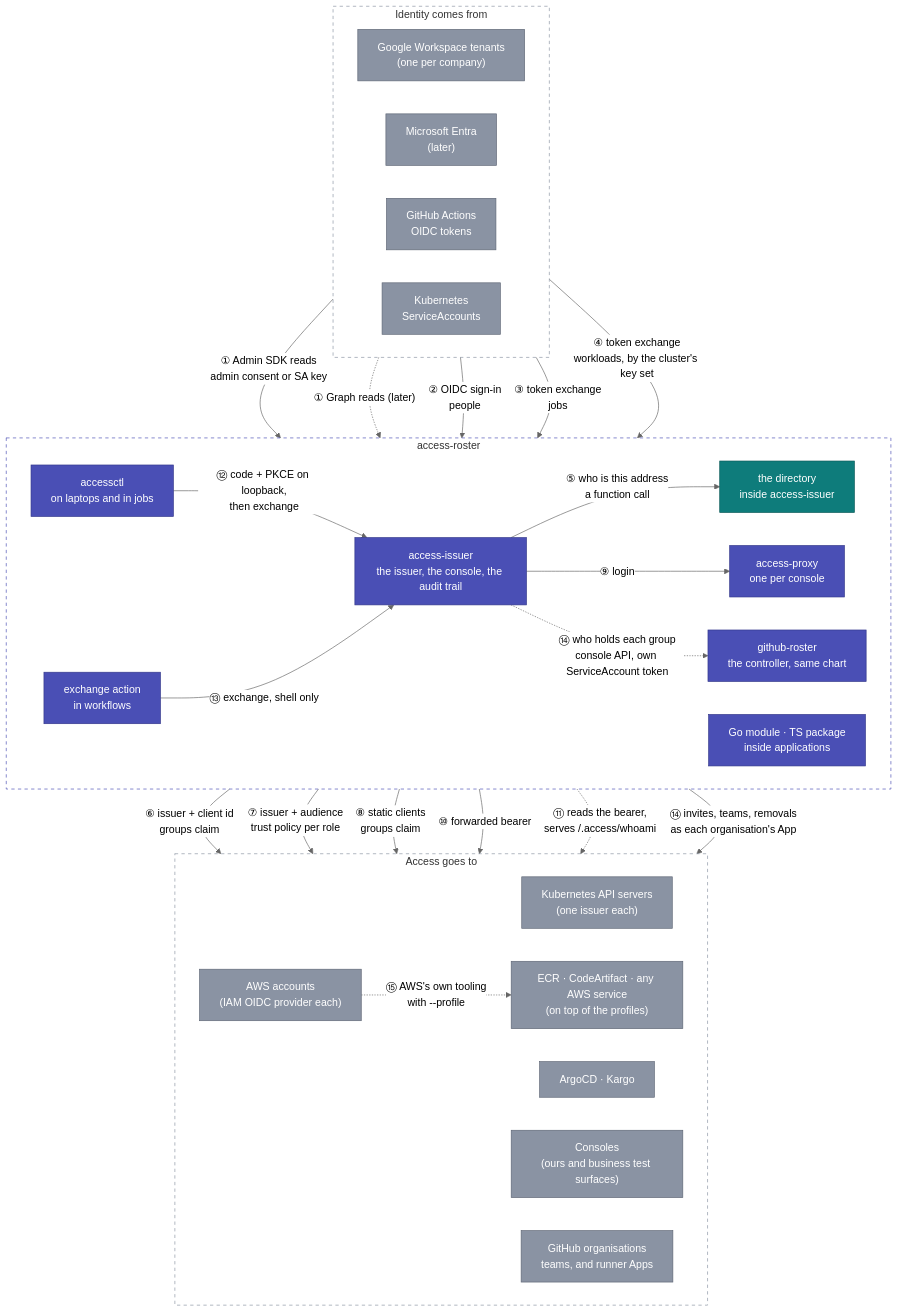
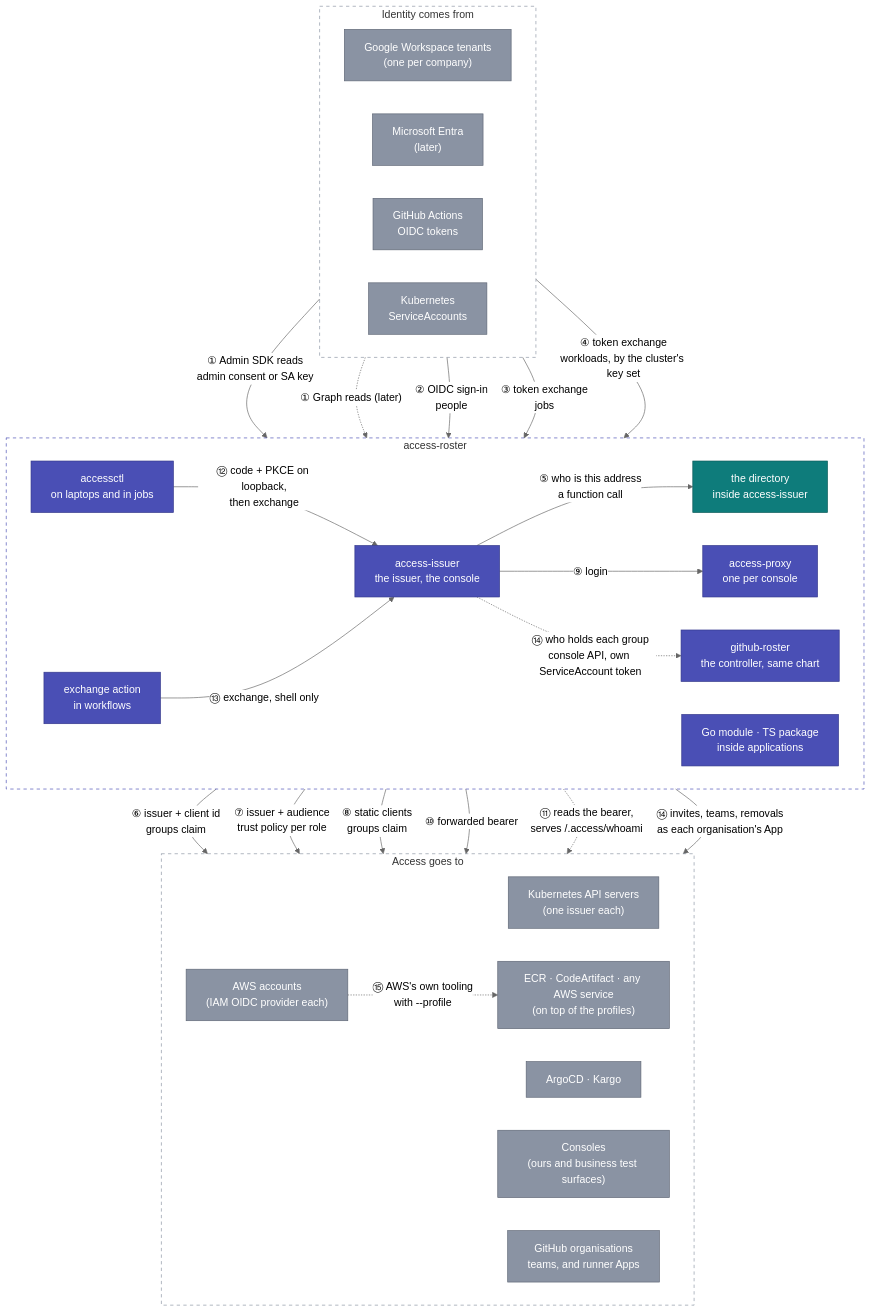
The diagram in docs/integrations.md (truvity/access-roster), drawn with Mermaid (neutral theme) before and after one commit. The commit also changed other lines of this file and 127 other files, not shown here.

````diff
--- a/docs/integrations.md
+++ b/docs/integrations.md
@@ -15,56 +15,56 @@
 ```mermaid
 flowchart TB
   subgraph in["Identity comes from"]
     direction LR
     gws["Google Workspace tenants<br/>(one per company)"]:::ext
     entra["Microsoft Entra<br/>(later)"]:::ext
     gh["GitHub Actions<br/>OIDC tokens"]:::ext
     sa["Kubernetes<br/>ServiceAccounts"]:::ext
   end
 
   subgraph ar["access-roster"]
     direction LR
     hub["the directory<br/>inside access-issuer"]:::hub
-    iss["access-issuer<br/>the issuer, the console, the audit trail"]:::token
+    iss["access-issuer<br/>the issuer, the console"]:::token
     ghr["github-roster<br/>the controller, same chart"]:::token
     proxy["access-proxy<br/>one per console"]:::token
     lib["Go module · TS package<br/>inside applications"]:::token
     ctl["accessctl<br/>on laptops and in jobs"]:::token
     act["exchange action<br/>in workflows"]:::token
   end
 
   subgraph out["Access goes to"]
     direction LR
     eks["Kubernetes API servers<br/>(one issuer each)"]:::ext
     aws["AWS accounts<br/>(IAM OIDC provider each)"]:::ext
     argo["ArgoCD · Kargo"]:::ext
     consoles["Consoles<br/>(ours and business test surfaces)"]:::ext
     ghteams["GitHub organisations<br/>teams, and runner Apps"]:::ext
     reg["ECR · CodeArtifact · any AWS service<br/>(on top of the profiles)"]:::ext
   end
 
   gws -- "① Admin SDK reads<br/>admin consent or SA key" --> hub
   entra -. "① Graph reads (later)" .-> hub
   gws -- "② OIDC sign-in<br/>people" --> iss
   gh -- "③ token exchange<br/>jobs" --> iss
   sa -- "④ token exchange<br/>workloads, by the cluster's key set" --> iss
   iss -- "⑤ who is this address<br/>a function call" --> hub
   iss -- "⑥ issuer + client id<br/>groups claim" --> eks
   iss -- "⑦ issuer + audience<br/>trust policy per role" --> aws
   iss -- "⑧ static clients<br/>groups claim" --> argo
   iss -- "⑨ login" --> proxy
   proxy -- "⑩ forwarded bearer" --> consoles
   lib -. "⑪ reads the bearer,<br/>serves /.access/whoami" .-> consoles
   ctl -- "⑫ code + PKCE on loopback,<br/>then exchange" --> iss
   act -- "⑬ exchange, shell only" --> iss
   iss -. "⑭ who holds each group<br/>console API, own ServiceAccount token" .-> ghr
   ghr -- "⑭ invites, teams, removals<br/>as each organisation's App" --> ghteams
   aws -. "⑮ AWS's own tooling<br/>with --profile" .-> reg
 
   classDef ext fill:#8A93A3,stroke:#5E6675,color:#fff
   classDef hub fill:#0E7C7B,stroke:#0A5958,color:#fff
   classDef token fill:#4A4FB5,stroke:#33378A,color:#fff
   style in fill:none,stroke:#8A93A3,stroke-dasharray:5 5
   style out fill:none,stroke:#8A93A3,stroke-dasharray:5 5
   style ar fill:none,stroke:#4A4FB5,stroke-dasharray:5 5
 ```
````
